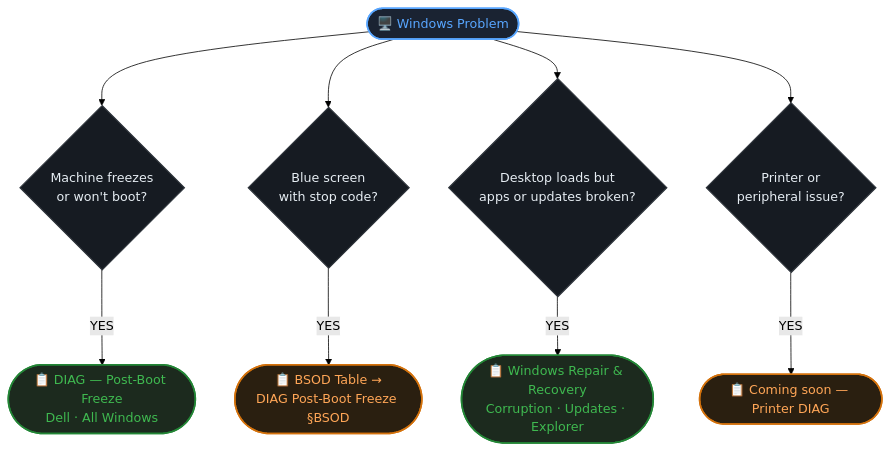
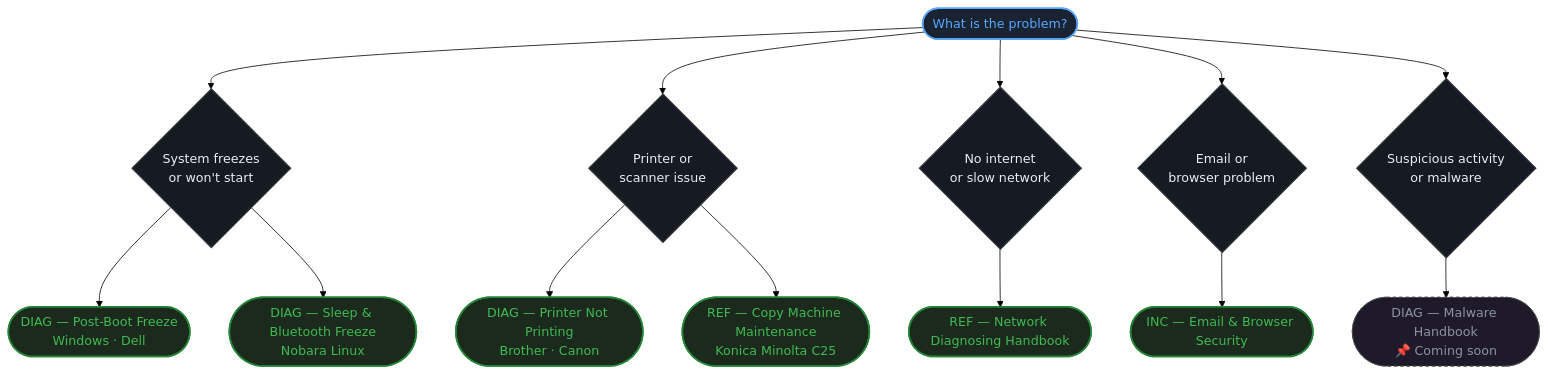
The diagram in Index.md (JaelDS/IT_DIagnosis), drawn with Mermaid (forest theme) before and after one commit. The commit also changed other lines of this file and 28 other files, not shown here.

````diff
--- a/Index.md
+++ b/Index.md
@@ -7,20 +17,27 @@
 ```mermaid
 flowchart TD
-    classDef start  fill:#1a2332,color:#58a6ff,stroke:#58a6ff,stroke-width:2px
-    classDef check  fill:#161b22,color:#e6edf3,stroke:#30363d,stroke-width:1.5px
-    classDef diag   fill:#1c2a1e,color:#3fb950,stroke:#238636,stroke-width:2px
-    classDef warn   fill:#2a1f10,color:#ffa657,stroke:#d4720c,stroke-width:2px
-    classDef crit   fill:#2a1010,color:#f78166,stroke:#c0392b,stroke-width:2px
+    classDef start fill:#1a2332,color:#58a6ff,stroke:#58a6ff,stroke-width:2px
+    classDef leaf  fill:#161b22,color:#e6edf3,stroke:#30363d,stroke-width:1.5px
+    classDef diag  fill:#1c2a1e,color:#3fb950,stroke:#238636,stroke-width:2px
+    classDef pin   fill:#1e1a2a,color:#8b949e,stroke:#444,stroke-width:1px,stroke-dasharray:4
 
-    START([🖥️ Windows Problem]):::start
+    START([What is the problem?]):::start
 
-    START --> Q1{Machine freezes\nor won't boot?}:::check
-    START --> Q2{Blue screen\nwith stop code?}:::check
-    START --> Q3{Desktop loads but\napps or updates broken?}:::check
-    START --> Q4{Printer or\nperipheral issue?}:::check
+    START --> A{System freezes\nor won't start}:::leaf
+    START --> B{Printer or\nscanner issue}:::leaf
+    START --> C{No internet\nor slow network}:::leaf
+    START --> D{Email or\nbrowser problem}:::leaf
+    START --> E{Suspicious activity\nor malware}:::leaf
 
-    Q1 -- YES --> DIAG1([📋 DIAG — Post-Boot Freeze\nDell · All Windows]):::diag
-    Q2 -- YES --> BSOD([📋 BSOD Table →\nDIAG Post-Boot Freeze §BSOD]):::warn
-    Q3 -- YES --> DIAG2([📋 Windows Repair & Recovery\nCorruption · Updates · Explorer]):::diag
-    Q4 -- YES --> TBD1([📋 Coming soon — Printer DIAG]):::warn
+    A --> A1([DIAG — Post-Boot Freeze\nWindows · Dell]):::diag
+    A --> A2([DIAG — Sleep & Bluetooth Freeze\nNobara Linux]):::diag
+
+    B --> B1([DIAG — Printer Not Printing\nBrother · Canon]):::diag
+    B --> B2([REF — Copy Machine Maintenance\nKonica Minolta C25]):::diag
+
+    C --> C1([REF — Network Diagnosing Handbook]):::diag
+
+    D --> D1([INC — Email & Browser Security]):::diag
+
+    E --> E1([DIAG — Malware Handbook\n📌 Coming soon]):::pin
 ```
````
